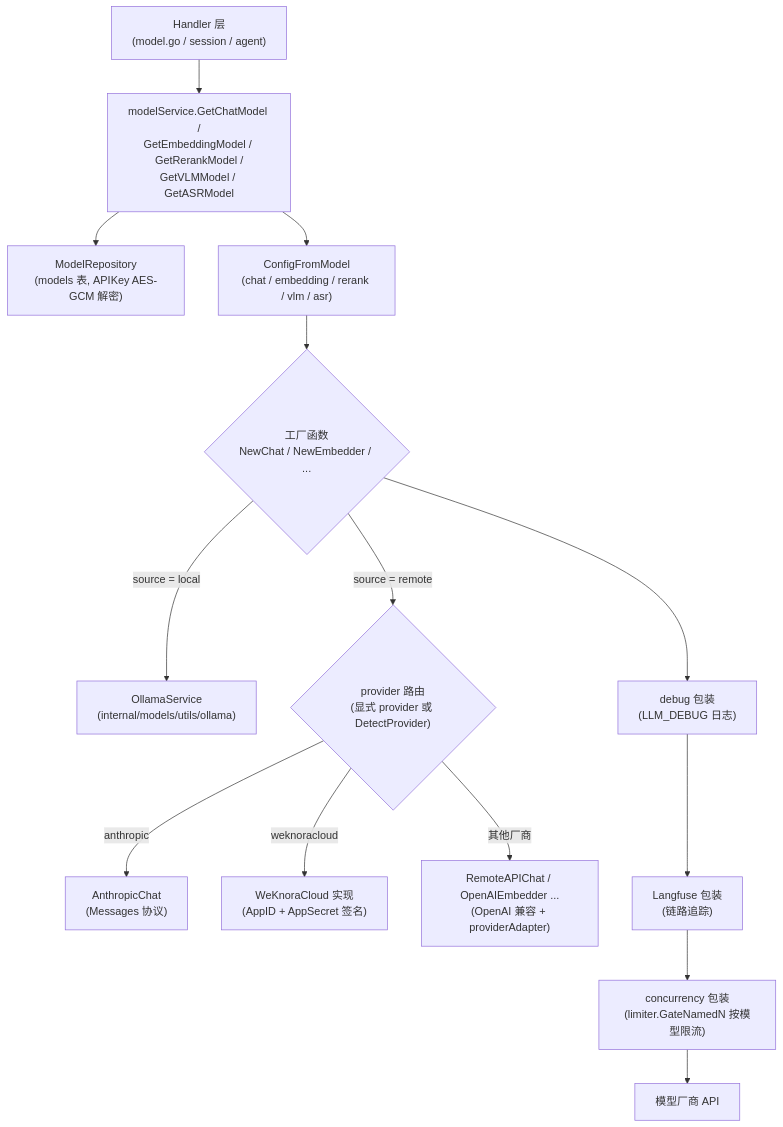
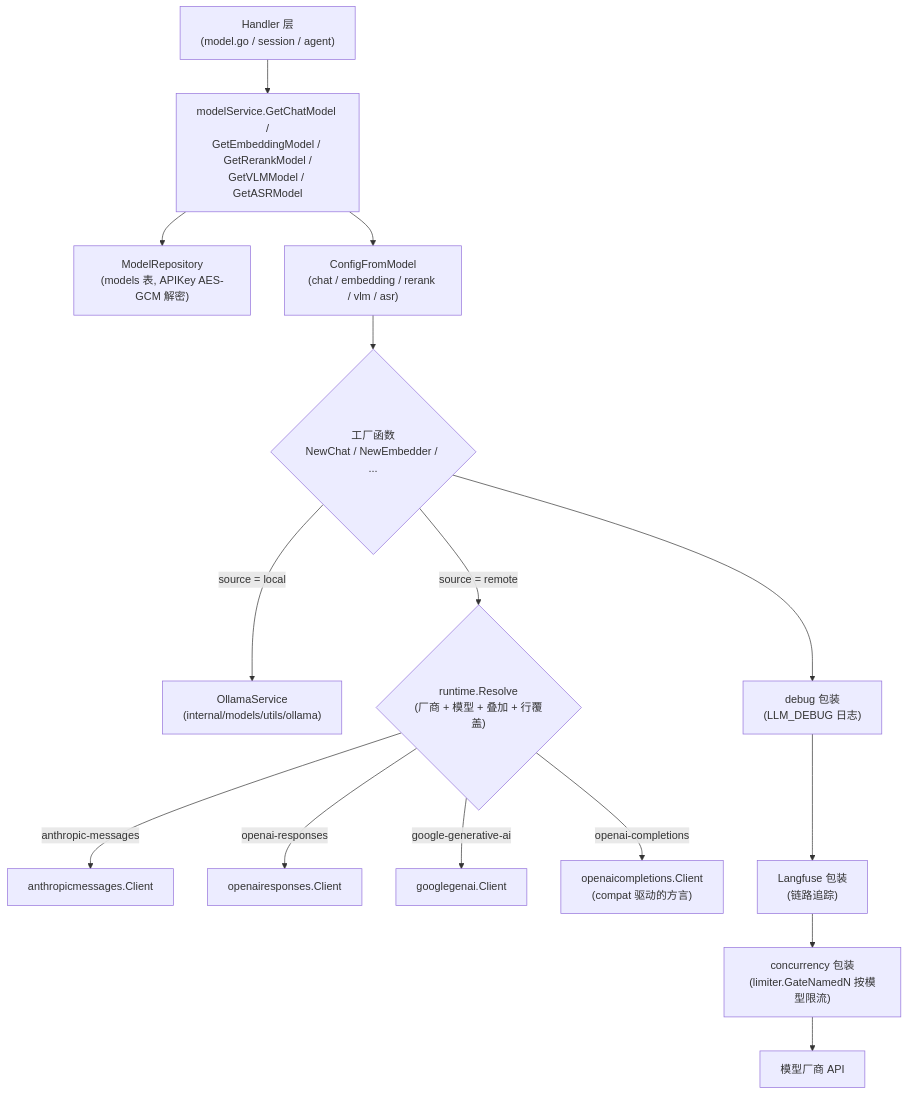
One commit to Asoclaw/weknora-personal changed the diagram in website-docs/03-features/06-models.md. Above: the diagram before and after it, drawn with Mermaid. The commit also changed other lines of this file and 2529 other files, not shown here.

````diff
--- a/website-docs/03-features/06-models.md
+++ b/website-docs/03-features/06-models.md
@@ -124,16 +520,17 @@
 ```mermaid
 flowchart TD
     H["Handler 层<br/>(model.go / session / agent)"] --> S["modelService.GetChatModel /<br/>GetEmbeddingModel / GetRerankModel /<br/>GetVLMModel / GetASRModel"]
     S --> R["ModelRepository<br/>(models 表, APIKey AES-GCM 解密)"]
     S --> CF["ConfigFromModel<br/>(chat / embedding / rerank / vlm / asr)"]
     CF --> F{"工厂函数<br/>NewChat / NewEmbedder / ..."}
     F -->|"source = local"| OL["OllamaService<br/>(internal/models/utils/ollama)"]
-    F -->|"source = remote"| PD{"provider 路由<br/>(显式 provider 或 DetectProvider)"}
-    PD -->|"anthropic"| AN["AnthropicChat<br/>(Messages 协议)"]
-    PD -->|"weknoracloud"| WC["WeKnoraCloud 实现<br/>(AppID + AppSecret 签名)"]
-    PD -->|"其他厂商"| OA["RemoteAPIChat / OpenAIEmbedder ...<br/>(OpenAI 兼容 + providerAdapter)"]
+    F -->|"source = remote"| PD{"runtime.Resolve<br/>(厂商 + 模型 + 叠加 + 行覆盖)"}
+    PD -->|"anthropic-messages"| AN["anthropicmessages.Client"]
+    PD -->|"openai-responses"| RS["openairesponses.Client"]
+    PD -->|"google-generative-ai"| GG["googlegenai.Client"]
+    PD -->|"openai-completions"| OA["openaicompletions.Client<br/>(compat 驱动的方言)"]
     F --> W1["debug 包装<br/>(LLM_DEBUG 日志)"]
     W1 --> W2["Langfuse 包装<br/>(链路追踪)"]
     W2 --> W3["concurrency 包装<br/>(limiter.GateNamedN 按模型限流)"]
     W3 --> P["模型厂商 API"]
 ```
````
